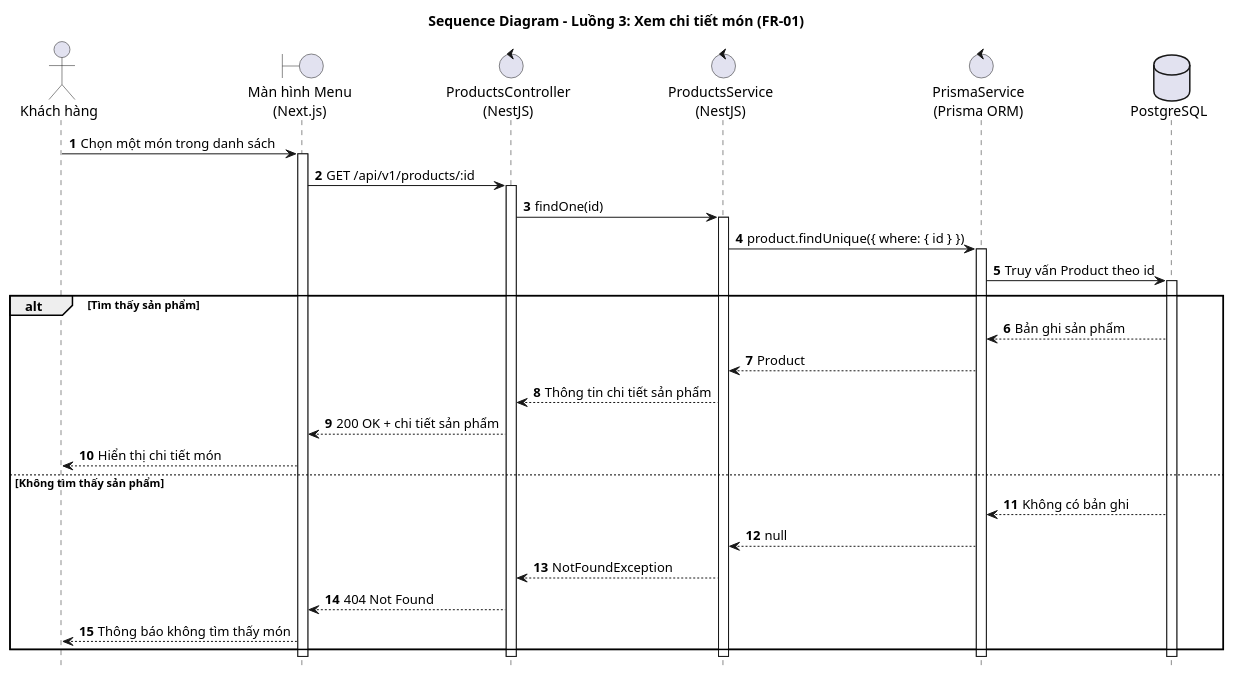
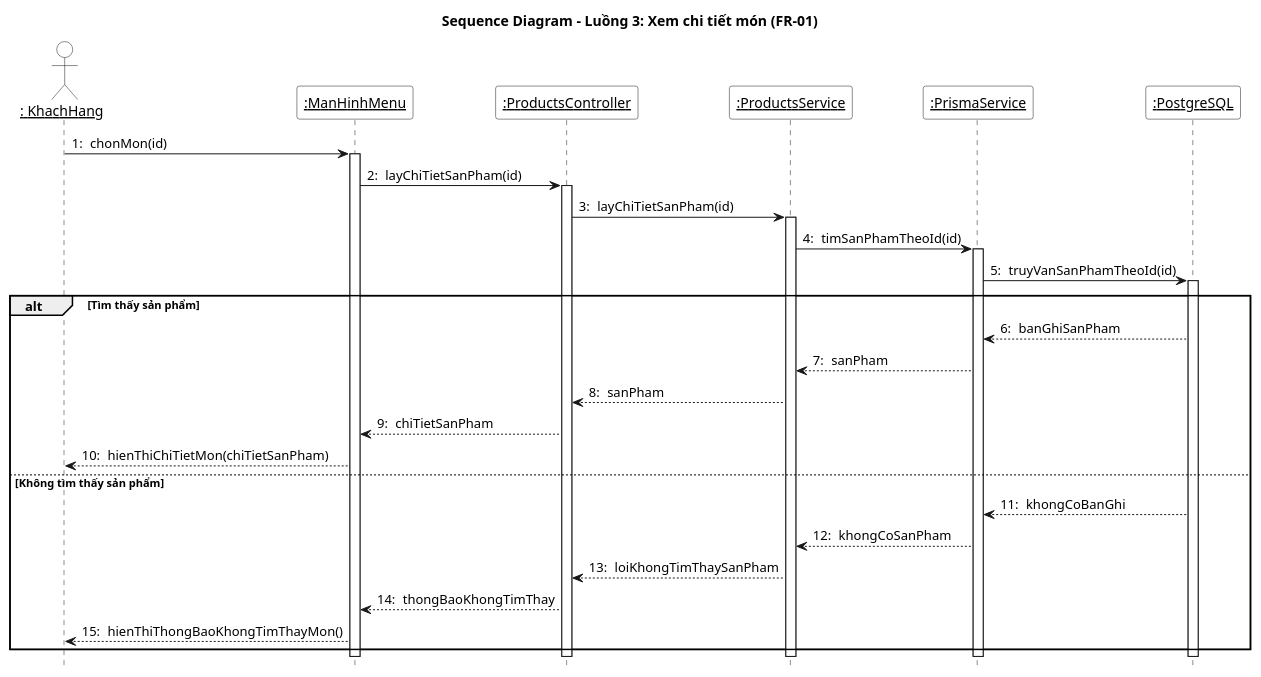
The diagram in docs/diagrams/menu/sequence-menu-detail.puml (Phuc280106/BrewLite2), drawn with PlantUML before and after one commit. The commit also changed 7 other files, not shown here.

Commit message:
docs(diagrams): hoàn thành sơ đồ usecase, sequence, activity cho chức năng hiển thị menu và lọc danh mục

```diff
--- a/docs/diagrams/menu/sequence-menu-detail.puml
+++ b/docs/diagrams/menu/sequence-menu-detail.puml
@@ -1,44 +1,47 @@
-@startuml sequence-menu-detail
+@startuml sequence-product-detail
 title Sequence Diagram - Luồng 3: Xem chi tiết món (FR-01)
-autonumber
+skinparam sequenceMessageAlign left
+skinparam monochrome true
+skinparam shadowing false
+skinparam ParticipantBackgroundColor white
+skinparam ActorBackgroundColor white
 hide footbox
-skinparam responseMessageBelowArrow true
+autonumber "0: "
 
-actor "Khách hàng" as KH
-boundary "Màn hình Menu\n(Next.js)" as UI
-control "ProductsController\n(NestJS)" as PC
-control "ProductsService\n(NestJS)" as PS
-control "PrismaService\n(Prisma ORM)" as PR
-database "PostgreSQL" as DB
+actor "__: KhachHang__" as KH
+participant "__:ManHinhMenu__" as UI
+participant "__:ProductsController__" as CTRL
+participant "__:ProductsService__" as SVC
+participant "__:PrismaService__" as PRISMA
+participant "__:PostgreSQL__" as DB
 
-KH -> UI : Chọn một món trong danh sách
+KH -> UI : chonMon(id)
 activate UI
-UI -> PC : GET /api/v1/products/:id
-activate PC
-PC -> PS : findOne(id)
-activate PS
-PS -> PR : product.findUnique({ where: { id } })
-activate PR
-PR -> DB : Truy vấn Product theo id
+UI -> CTRL : layChiTietSanPham(id)
+activate CTRL
+CTRL -> SVC : layChiTietSanPham(id)
+activate SVC
+SVC -> PRISMA : timSanPhamTheoId(id)
+activate PRISMA
+PRISMA -> DB : truyVanSanPhamTheoId(id)
 activate DB
 
 alt Tìm thấy sản phẩm
-  DB --> PR : Bản ghi sản phẩm
-  PR --> PS : Product
-  PS --> PC : Thông tin chi tiết sản phẩm
-  PC --> UI : 200 OK + chi tiết sản phẩm
-  UI --> KH : Hiển thị chi tiết món
+    DB --> PRISMA : banGhiSanPham
+    PRISMA --> SVC : sanPham
+    SVC --> CTRL : sanPham
+    CTRL --> UI : chiTietSanPham
+    UI --> KH : hienThiChiTietMon(chiTietSanPham)
 else Không tìm thấy sản phẩm
-  DB --> PR : Không có bản ghi
-  PR --> PS : null
-  PS --> PC : NotFoundException
-  PC --> UI : 404 Not Found
-  UI --> KH : Thông báo không tìm thấy món
+    DB --> PRISMA : khongCoBanGhi
+    PRISMA --> SVC : khongCoSanPham
+    SVC --> CTRL : loiKhongTimThaySanPham
+    CTRL --> UI : thongBaoKhongTimThay
+    UI --> KH : hienThiThongBaoKhongTimThayMon()
 end
-
 deactivate DB
-deactivate PR
-deactivate PS
-deactivate PC
+deactivate PRISMA
+deactivate SVC
+deactivate CTRL
 deactivate UI
 @enduml
```
